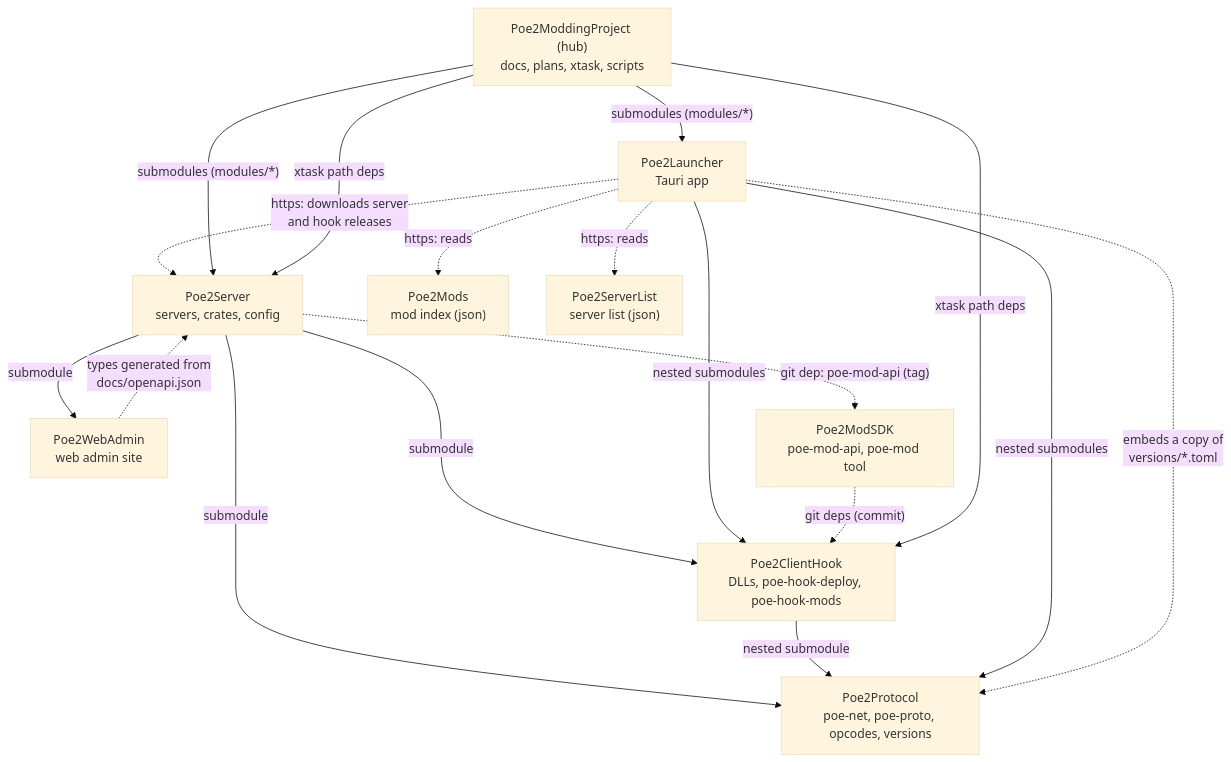
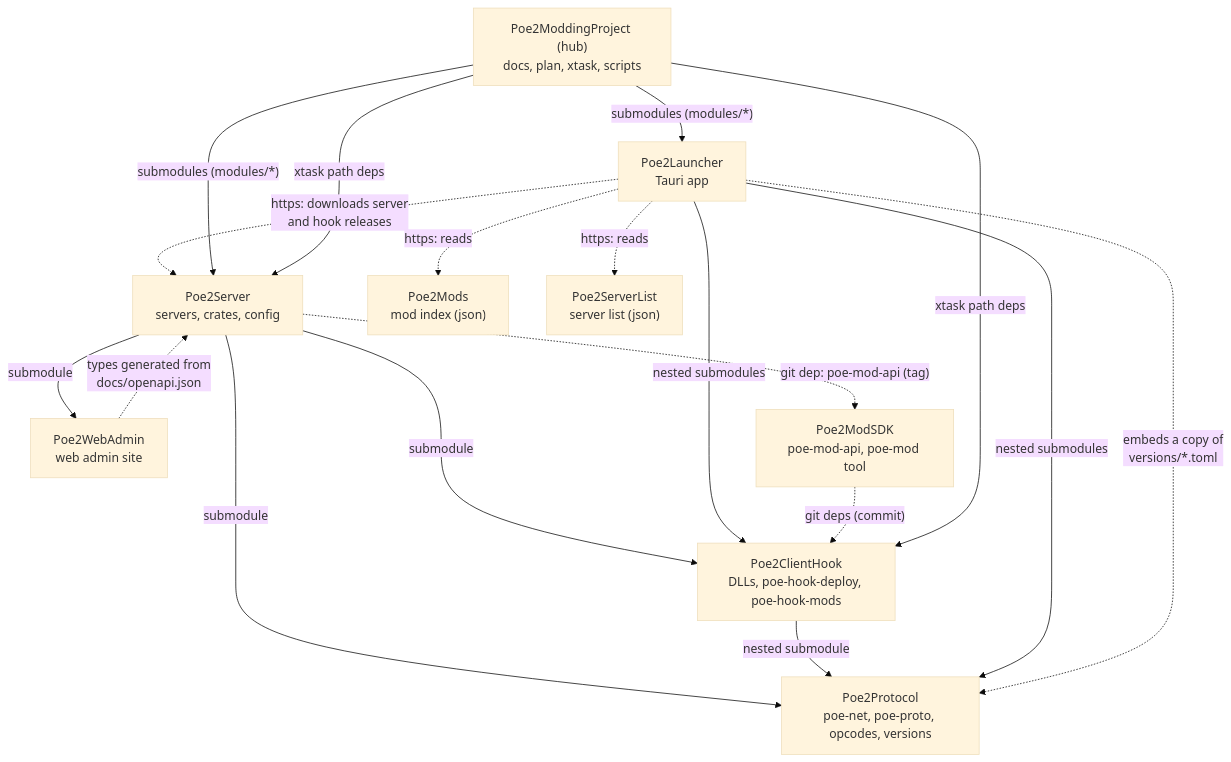
One commit to WaystoneWorks/Poe2ModdingProject changed the diagram in docs/overview.md. Above: the diagram before and after it, drawn with Mermaid (base theme). The commit also changed other lines of this file and 53 other files, not shown here.

````diff
--- a/docs/overview.md
+++ b/docs/overview.md
@@ -21,30 +21,30 @@
 ```mermaid
 flowchart TD
-    Hub["Poe2ModdingProject (hub)<br/>docs, plans, xtask, scripts"]
+    Hub["Poe2ModdingProject (hub)<br/>docs, plan, xtask, scripts"]
     Server["Poe2Server<br/>servers, crates, config"]
     Protocol["Poe2Protocol<br/>poe-net, poe-proto, opcodes, versions"]
     Hook["Poe2ClientHook<br/>DLLs, poe-hook-deploy, poe-hook-mods"]
     Web["Poe2WebAdmin<br/>web admin site"]
     Launcher["Poe2Launcher<br/>Tauri app"]
     SDK["Poe2ModSDK<br/>poe-mod-api, poe-mod tool"]
     Mods["Poe2Mods<br/>mod index (json)"]
     List["Poe2ServerList<br/>server list (json)"]
 
     Server -- "submodule" --> Protocol
     Server -- "submodule" --> Hook
     Server -- "submodule" --> Web
     Server -. "git dep: poe-mod-api (tag)" .-> SDK
     Hook -- "nested submodule" --> Protocol
     Launcher -- "nested submodules" --> Hook
     Launcher -- "nested submodules" --> Protocol
     SDK -. "git deps (commit)" .-> Hook
     Web -. "types generated from<br/>docs/openapi.json" .-> Server
     Launcher -. "embeds a copy of<br/>versions/*.toml" .-> Protocol
     Launcher -. "https: downloads server<br/>and hook releases" .-> Server
     Launcher -. "https: reads" .-> Mods
     Launcher -. "https: reads" .-> List
     Hub -- "submodules (modules/*)" --> Server
     Hub -- "submodules (modules/*)" --> Launcher
     Hub -- "xtask path deps" --> Server
     Hub -- "xtask path deps" --> Hook
 ```
````
